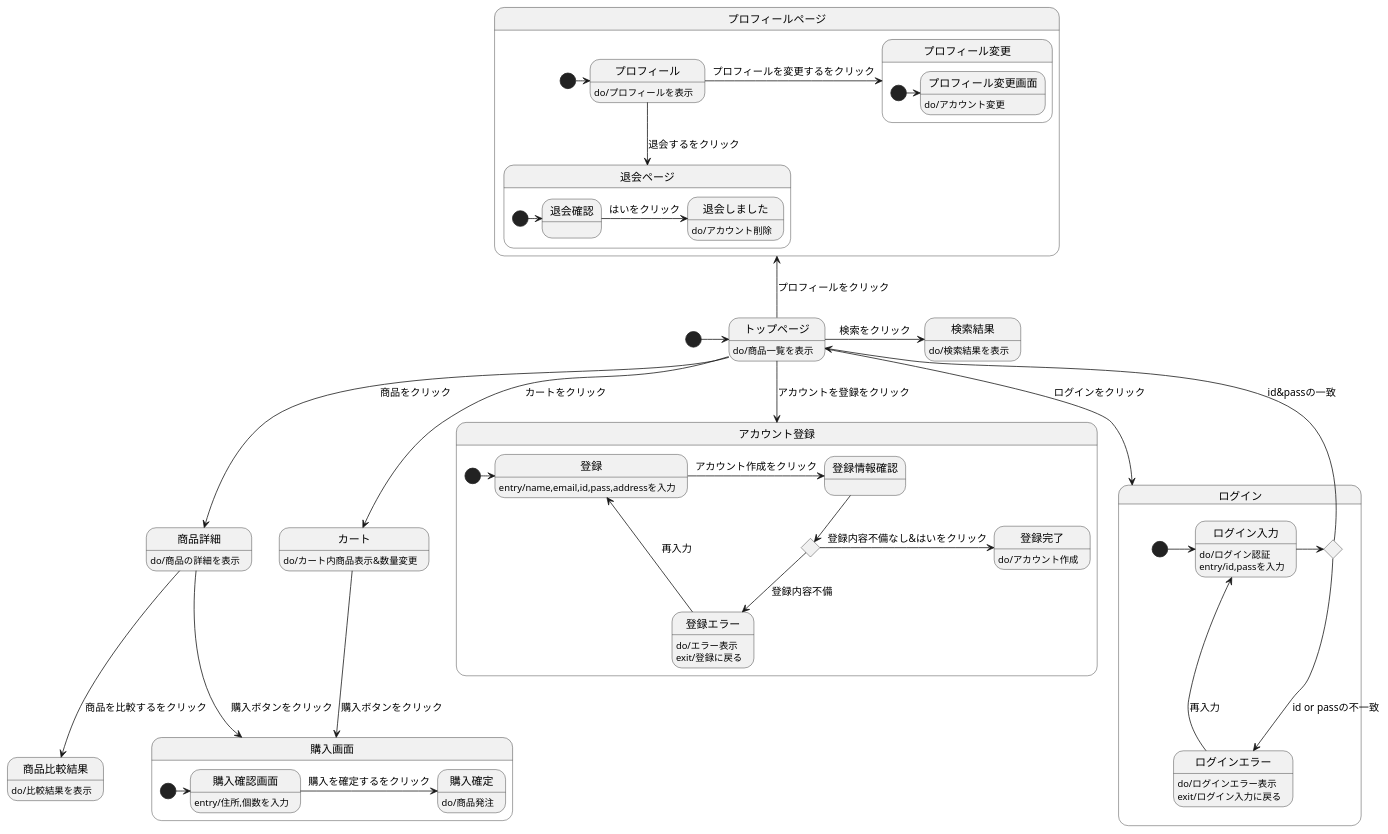
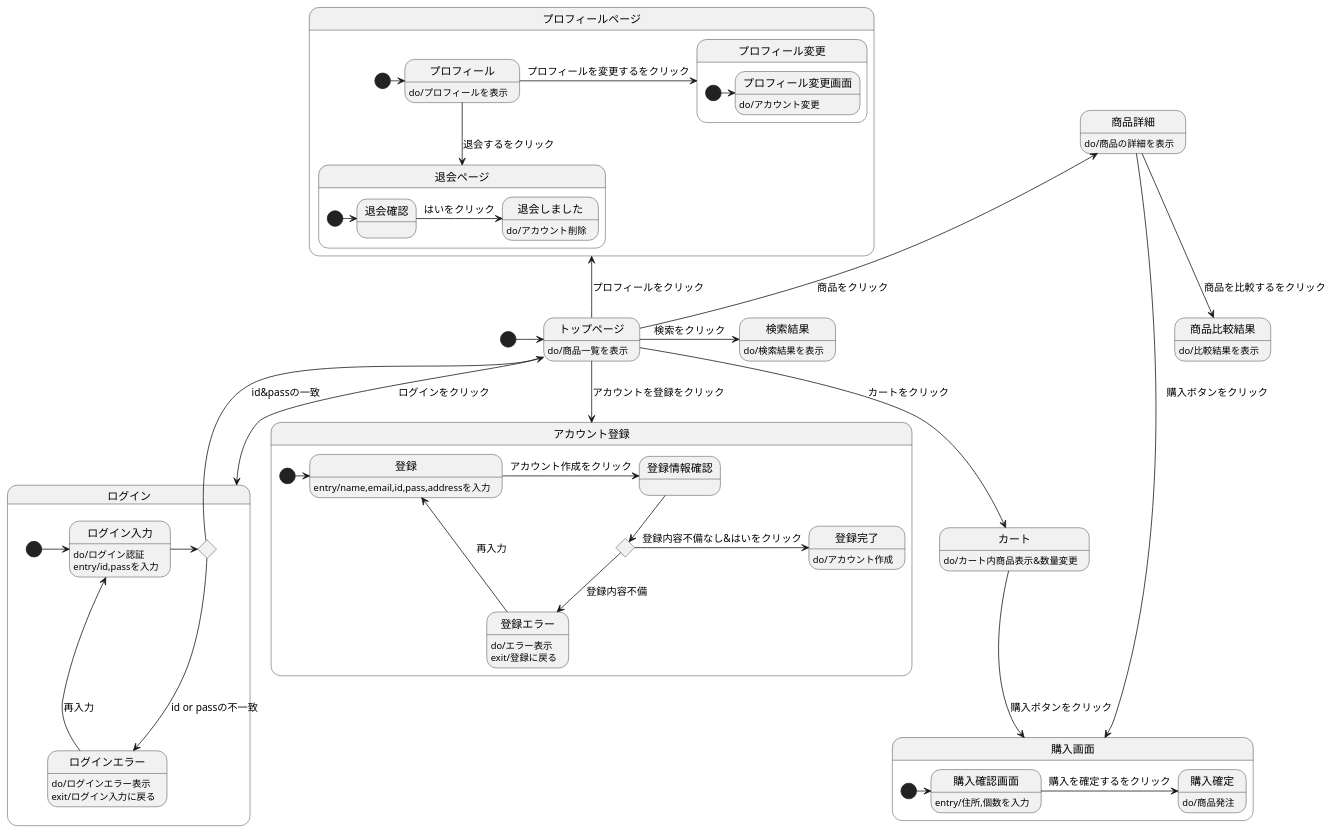
One commit to Aso2001159/2021sys-design changed the diagram in stm01.md. Above: the diagram before and after it, drawn with PlantUML.

````diff
--- a/stm01.md
+++ b/stm01.md
@@ -1,68 +1,68 @@
 ```uml
 
 @startuml
 [*]->トップページ
 トップページ : do/商品一覧を表示
-トップページ-->商品詳細 : 商品をクリック
+トップページ-up->商品詳細 : 商品をクリック
   商品詳細 : do/商品の詳細を表示
   商品詳細 --> 商品比較結果 : 商品を比較するをクリック
   商品比較結果 : do/比較結果を表示
   商品詳細-> 購入画面 :　購入ボタンをクリック
 トップページ-down->ログイン :ログインをクリック
 state ログイン{
   state r確認 <<choice>>
   [*] -> ログイン入力 
   ログイン入力 : do/ログイン認証
   ログイン入力 : entry/id,passを入力
   ログイン入力 -> r確認
   r確認 -> トップページ : id&passの一致
    r確認 --> ログインエラー : id or passの不一致
     ログインエラー :do/ログインエラー表示
     ログインエラー : exit/ログイン入力に戻る
   ログインエラー -> ログイン入力 : 再入力
 
 }
 トップページ-->カート :カートをクリック
 カート --> 購入画面 : 購入ボタンをクリック
 カート : do/カート内商品表示&数量変更
 state 購入画面{
   [*]-> 購入確認画面
   購入確認画面 : entry/住所,個数を入力
   購入確認画面 -> 購入確定 : 購入を確定するをクリック
   購入確定 : do/商品発注
 }
 state アカウント登録{
 [*]-> 登録 
   トップページ--> アカウント登録 :アカウントを登録をクリック
   state t確認 <<choice>>
   登録 : entry/name,email,id,pass,addressを入力
   登録 ->登録情報確認: アカウント作成をクリック
   登録情報確認 --> t確認 
   t確認 --> 登録エラー : 登録内容不備
     登録エラー : do/エラー表示
     登録エラー : exit/登録に戻る
    登録エラー -> 登録 : 再入力
   t確認 -> 登録完了: 登録内容不備なし&はいをクリック
     登録完了: do/アカウント作成
   }
 トップページ->検索結果 :検索をクリック
   検索結果 : do/検索結果を表示
 トップページ-up->プロフィールページ :プロフィールをクリック
 state プロフィールページ{
 [*] -> プロフィール
 プロフィール : do/プロフィールを表示
   プロフィール -->退会ページ :退会するをクリック
   state 退会ページ{
     [*]-> 退会確認 
     退会確認-> 退会しました : はいをクリック
       退会しました : do/アカウント削除
     }
     プロフィール -> プロフィール変更 : プロフィールを変更するをクリック
     state プロフィール変更{
       [*]-> プロフィール変更画面
       プロフィール変更画面 : do/アカウント変更
     }
  }
 @enduml
 
 ```
````
